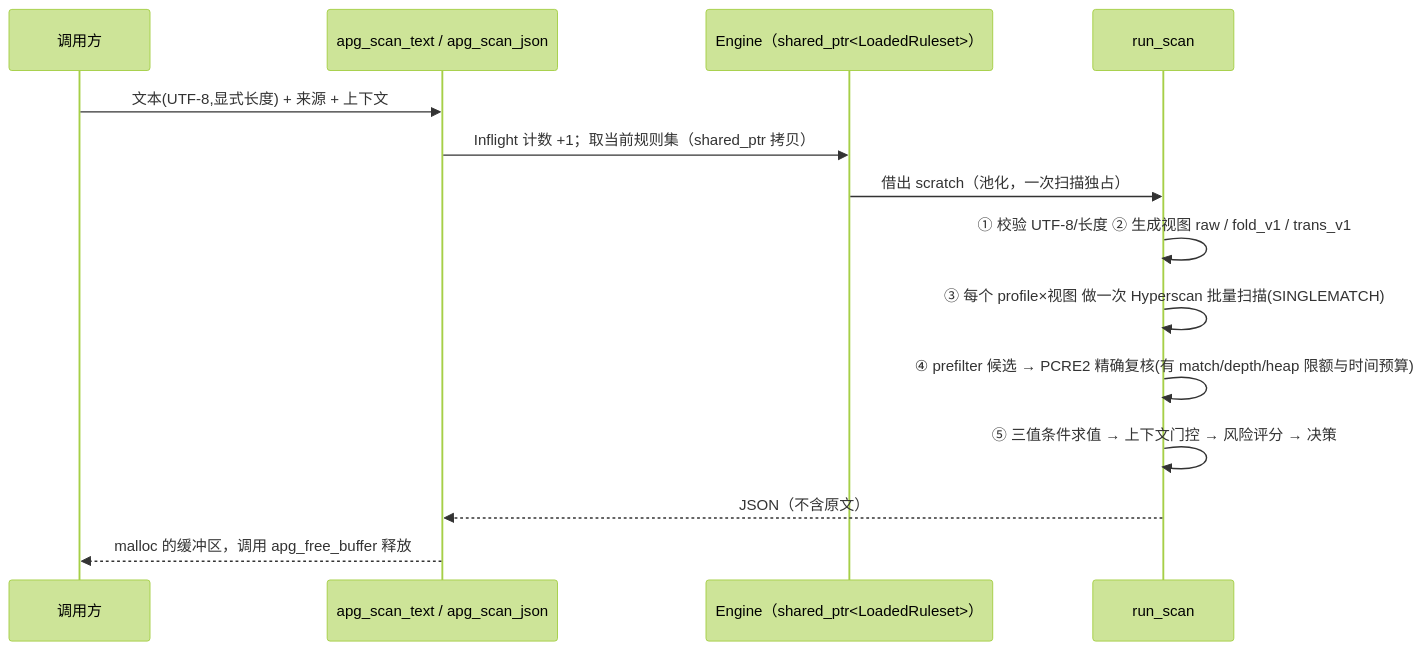
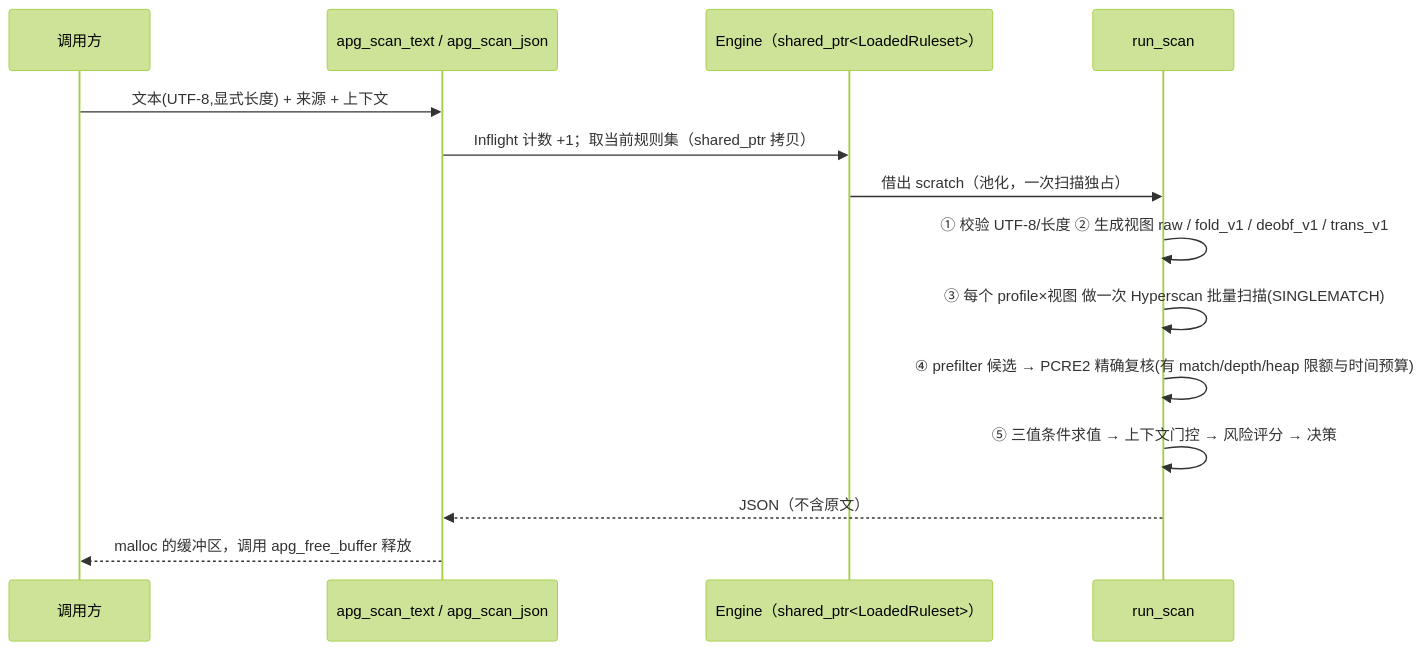
Before and after one commit to nordwind66/AI-PROTECT-HS: the second of 2 diagrams in docs/architecture.md, drawn with Mermaid (forest theme). The commit also changed other lines of this file and 41 other files, not shown here.

````diff
--- a/docs/architecture.md
+++ b/docs/architecture.md
@@ -68,16 +68,16 @@
 ```mermaid
 sequenceDiagram
   participant App as 调用方
   participant API as apg_scan_text / apg_scan_json
   participant E as Engine（shared_ptr<LoadedRuleset>）
   participant S as run_scan
   App->>API: 文本(UTF-8,显式长度) + 来源 + 上下文
   API->>E: Inflight 计数 +1；取当前规则集（shared_ptr 拷贝）
   E->>S: 借出 scratch（池化，一次扫描独占）
-  S->>S: ① 校验 UTF-8/长度  ② 生成视图 raw / fold_v1 / trans_v1
+  S->>S: ① 校验 UTF-8/长度  ② 生成视图 raw / fold_v1 / deobf_v1 / trans_v1
   S->>S: ③ 每个 profile×视图 做一次 Hyperscan 批量扫描(SINGLEMATCH)
   S->>S: ④ prefilter 候选 → PCRE2 精确复核(有 match/depth/heap 限额与时间预算)
   S->>S: ⑤ 三值条件求值 → 上下文门控 → 风险评分 → 决策
   S-->>API: JSON（不含原文）
   API-->>App: malloc 的缓冲区，调用 apg_free_buffer 释放
 ```
````
